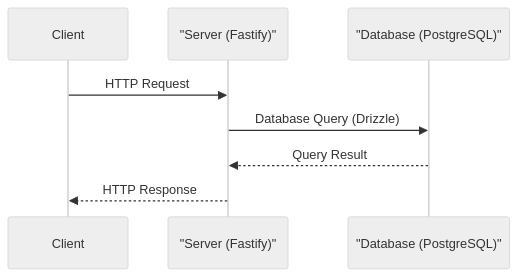
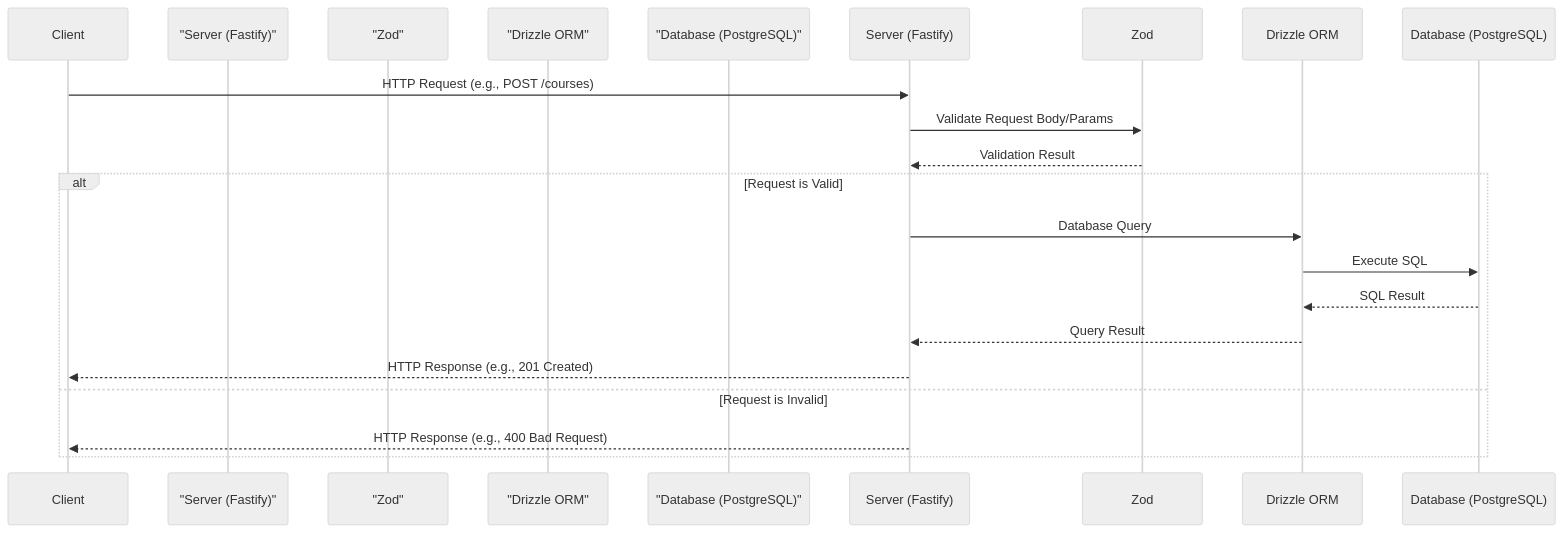
One commit to llutti/desafio-api-nodejs changed the second of 2 diagrams in README.md. Above: the diagram before and after it, drawn with Mermaid (neutral theme). The commit also changed other lines of this file and 22 other files, not shown here.

````diff
--- a/README.md
+++ b/README.md
@@ -105,11 +174,21 @@
 ```mermaid
 sequenceDiagram
     participant Client
     participant "Server (Fastify)"
+    participant "Zod"
+    participant "Drizzle ORM"
     participant "Database (PostgreSQL)"
 
-    Client->>"Server (Fastify)": HTTP Request
-    "Server (Fastify)"->>"Database (PostgreSQL)": Database Query (Drizzle)
-    "Database (PostgreSQL)"-->>"Server (Fastify)": Query Result
-    "Server (Fastify)"-->>Client: HTTP Response
+    Client->>Server (Fastify): HTTP Request (e.g., POST /courses)
+    Server (Fastify)->>Zod: Validate Request Body/Params
+    Zod-->>Server (Fastify): Validation Result
+    alt Request is Valid
+        Server (Fastify)->>Drizzle ORM: Database Query
+        Drizzle ORM->>Database (PostgreSQL): Execute SQL
+        Database (PostgreSQL)-->>Drizzle ORM: SQL Result
+        Drizzle ORM-->>Server (Fastify): Query Result
+        Server (Fastify)-->>Client: HTTP Response (e.g., 201 Created)
+    else Request is Invalid
+        Server (Fastify)-->>Client: HTTP Response (e.g., 400 Bad Request)
+    end
 ```
````
